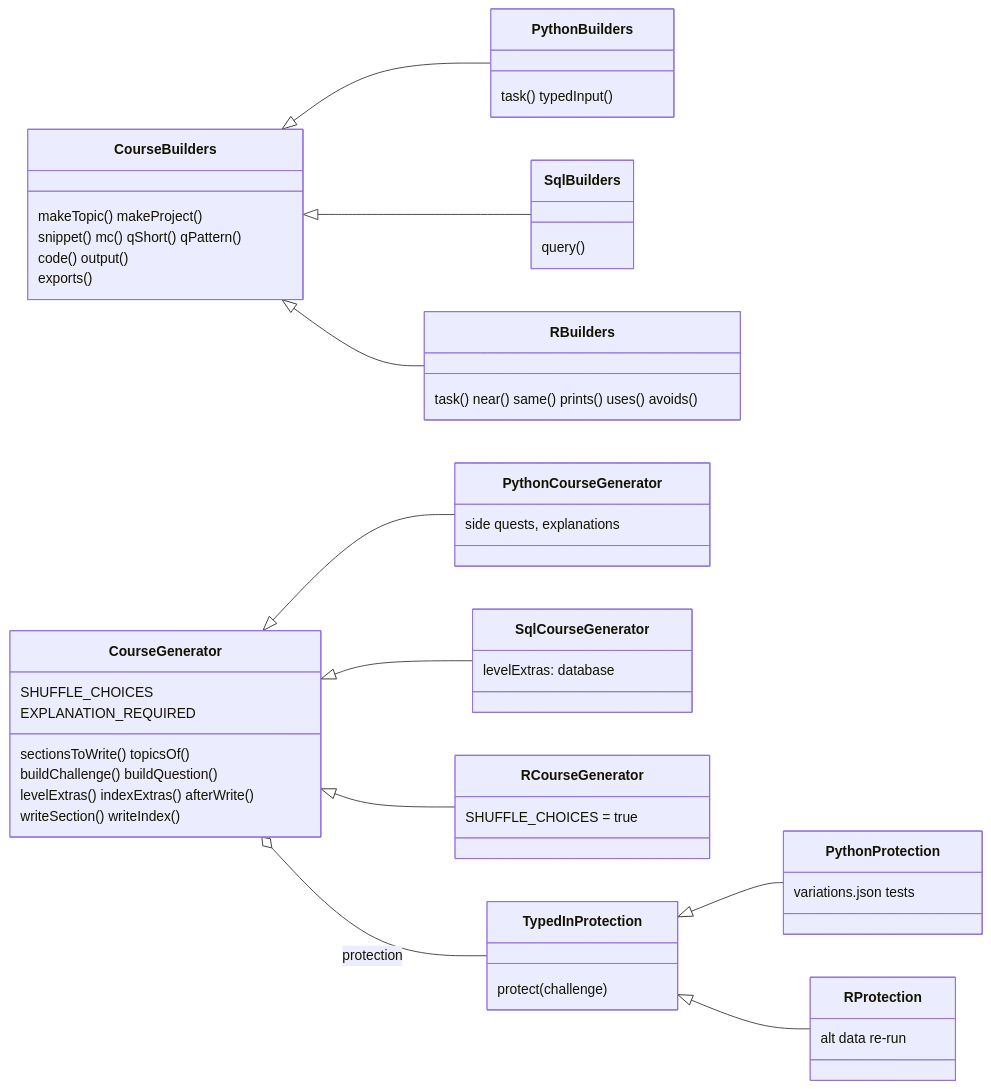
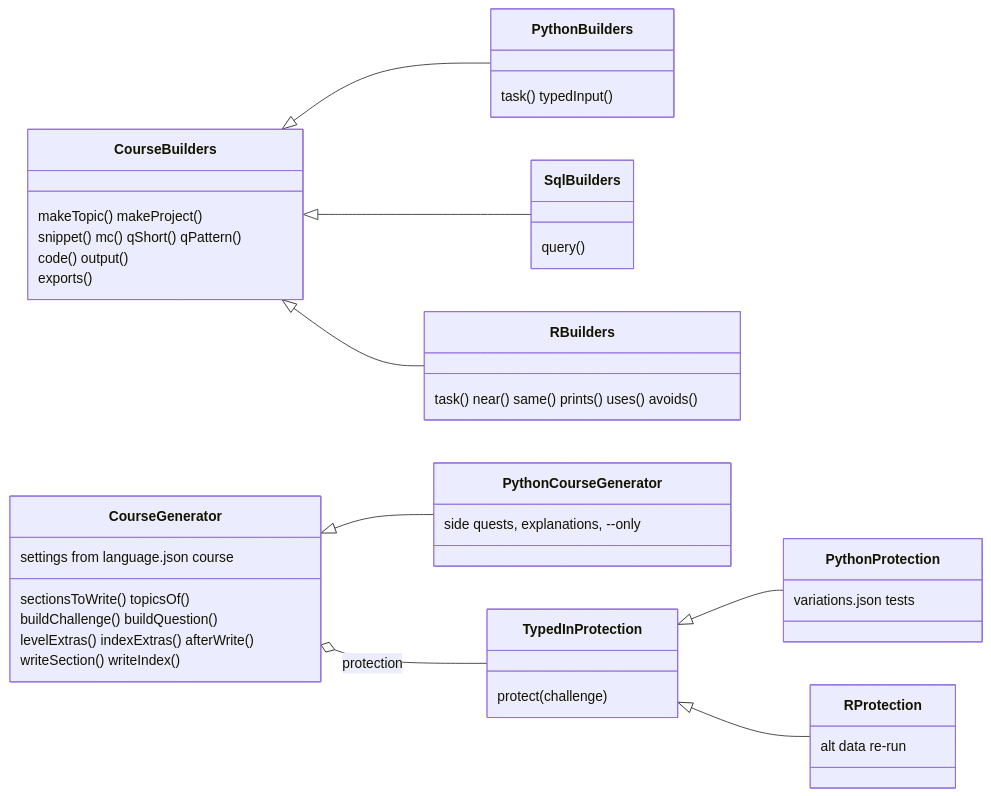
One commit to ubuntu-apps/code-quest changed the second of 8 diagrams in ARCHITECTURE.md. Above: the diagram before and after it, drawn with Mermaid. The commit also changed other lines of this file and 18 other files, not shown here.

First line of the commit message:
Editor colouring and generator settings from language.json

````diff
--- a/ARCHITECTURE.md
+++ b/ARCHITECTURE.md
@@ -83,38 +83,33 @@
 ```mermaid
 classDiagram
   direction LR
   class CourseBuilders {
     makeTopic() makeProject()
     snippet() mc() qShort() qPattern()
     code() output()
     exports()
   }
   class PythonBuilders { task() typedInput() }
   class SqlBuilders { query() }
   class RBuilders { task() near() same() prints() uses() avoids() }
   CourseBuilders <|-- PythonBuilders
   CourseBuilders <|-- SqlBuilders
   CourseBuilders <|-- RBuilders
 
   class CourseGenerator {
-    SHUFFLE_CHOICES
-    EXPLANATION_REQUIRED
+    settings from language.json course
     sectionsToWrite() topicsOf()
     buildChallenge() buildQuestion()
     levelExtras() indexExtras() afterWrite()
     writeSection() writeIndex()
   }
-  class PythonCourseGenerator { side quests, explanations }
-  class SqlCourseGenerator { levelExtras: database }
-  class RCourseGenerator { SHUFFLE_CHOICES = true }
+  class PythonCourseGenerator { side quests, explanations, --only }
   CourseGenerator <|-- PythonCourseGenerator
-  CourseGenerator <|-- SqlCourseGenerator
-  CourseGenerator <|-- RCourseGenerator
 
   class TypedInProtection { protect(challenge) }
   class PythonProtection { variations.json tests }
   class RProtection { alt data re-run }
   TypedInProtection <|-- PythonProtection
   TypedInProtection <|-- RProtection
   CourseGenerator o-- TypedInProtection : protection
 ```
````
